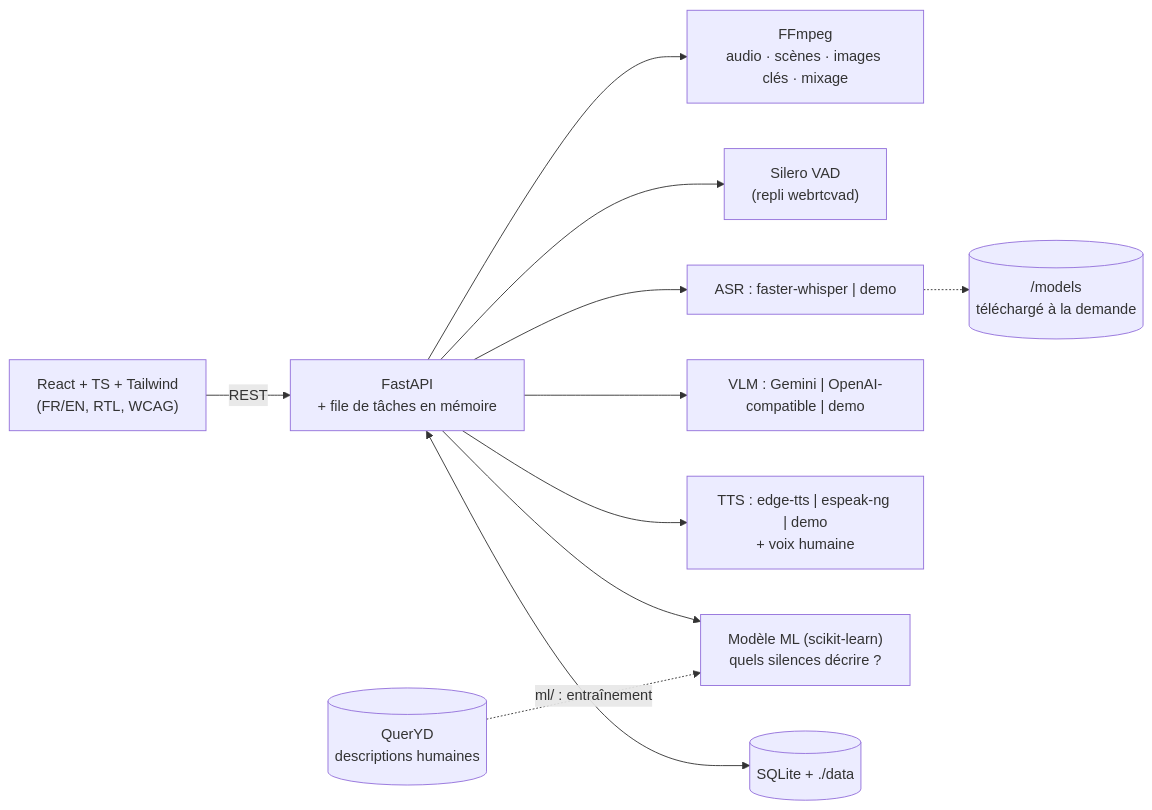
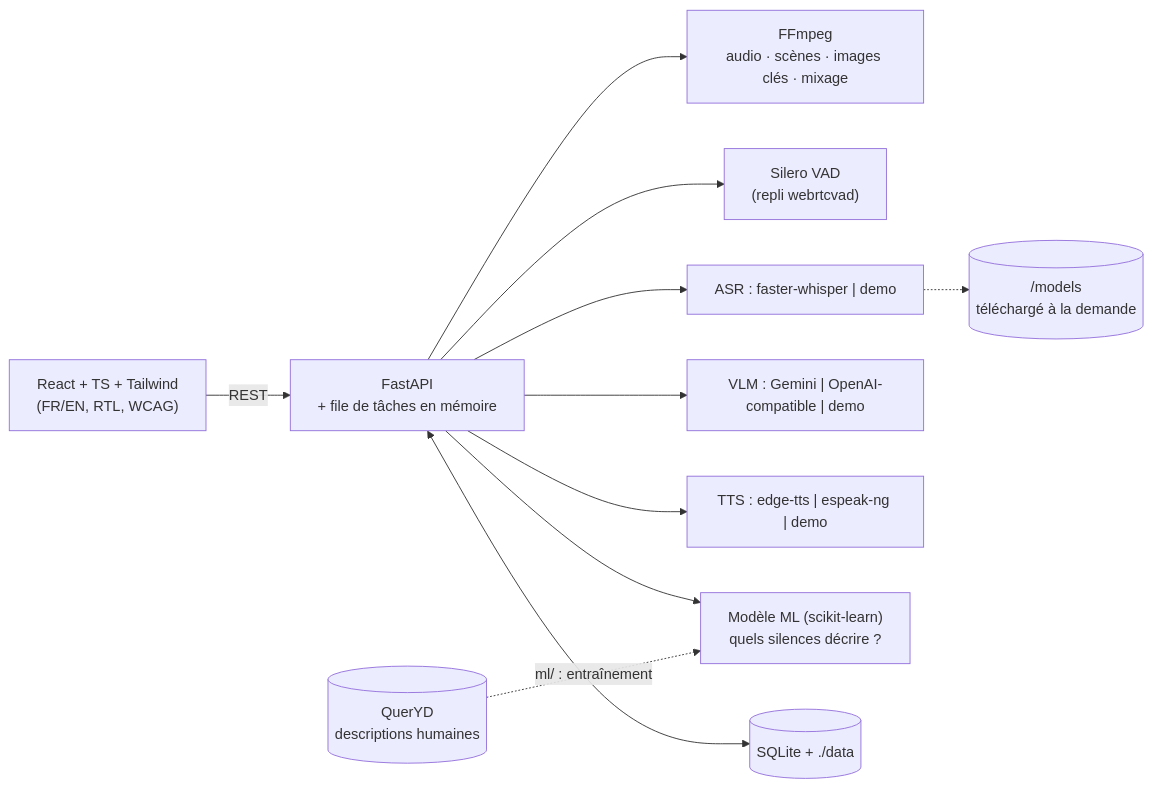
One commit to LouaySaidani/hackathonjunior changed the diagram in README.md. Above: the diagram before and after it, drawn with Mermaid. The commit also changed other lines of this file and 14 other files, not shown here.

````diff
--- a/README.md
+++ b/README.md
@@ -99,13 +99,13 @@
 ```mermaid
 flowchart LR
   UI["React + TS + Tailwind<br/>(FR/EN, RTL, WCAG)"] -- REST --> API["FastAPI<br/>+ file de tâches en mémoire"]
   API --> FF["FFmpeg<br/>audio · scènes · images clés · mixage"]
   API --> VAD["Silero VAD<br/>(repli webrtcvad)"]
   API --> ASR["ASR : faster-whisper | demo"]
   API --> VLM["VLM : Gemini | OpenAI-compatible | demo"]
-  API --> TTS["TTS : edge-tts | espeak-ng | demo<br/>+ voix humaine"]
+  API --> TTS["TTS : edge-tts | espeak-ng | demo"]
   API --> ML["Modèle ML (scikit-learn)<br/>quels silences décrire ?"]
   API <--> DB[("SQLite + ./data")]
   ASR -.-> M[("/models<br/>téléchargé à la demande")]
   Q[("QuerYD<br/>descriptions humaines")] -. "ml/ : entraînement" .-> ML
 ```
````
